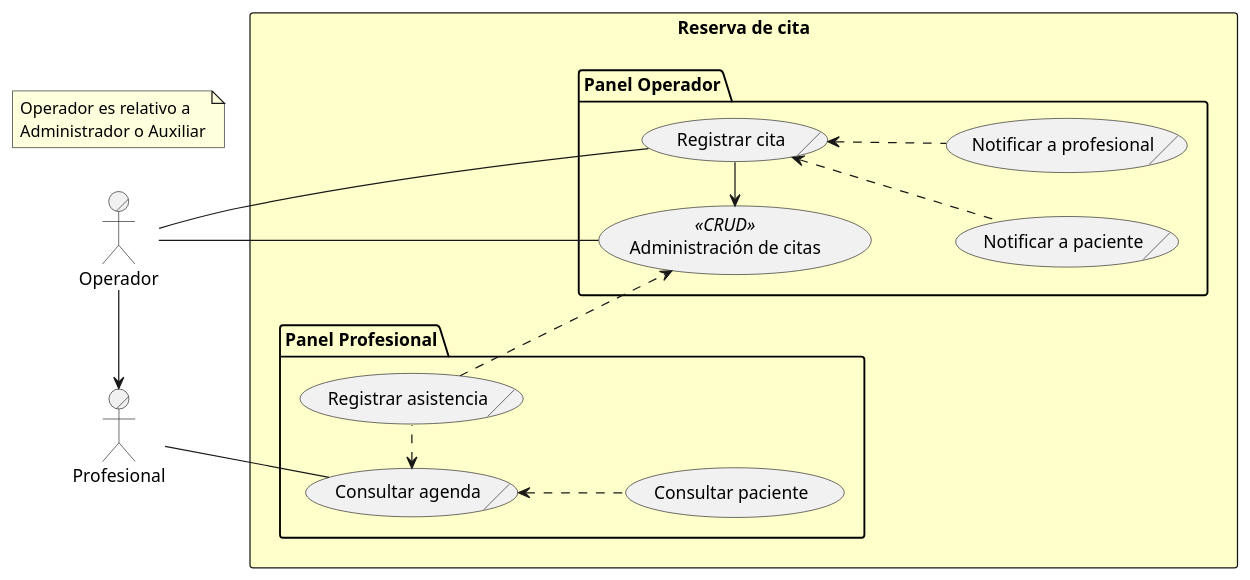
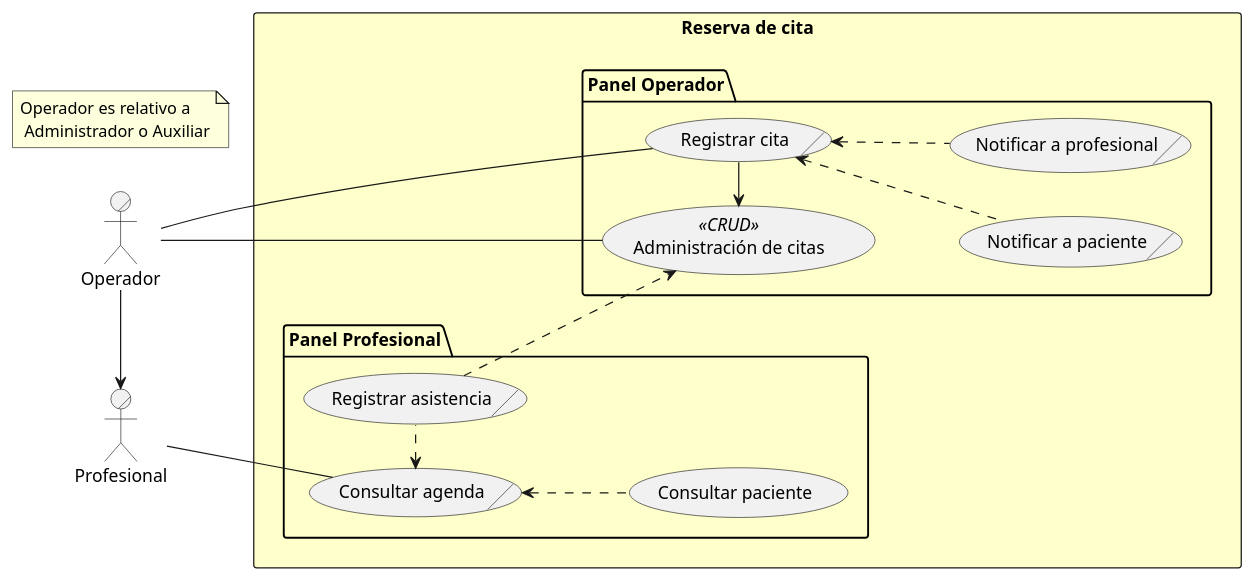
The diagram in ROOT/modules/proyecto/puml/citas-business-usecase.puml (capsi-ucp/capsi-ucp.github.io), drawn with PlantUML before and after one commit.

Commit message:
Caso de uso de lógica de negocio para la reserva de citas

```diff
--- a/ROOT/modules/proyecto/puml/citas-business-usecase.puml
+++ b/ROOT/modules/proyecto/puml/citas-business-usecase.puml
@@ -1,33 +1,30 @@
 @startuml
 left to right direction
 actor/ Operador
 actor/ Profesional
-note as Nota
-  Operador es relativo a
-  Administrador o Auxiliar
-end note
+note "Operador es relativo a\r\n Administrador o Auxiliar" as Nota
 
 rectangle "Reserva de cita" #BUSINESS {
   package "Panel Operador" {
     usecase "Administración de citas" as AdminCitas << CRUD >>
     usecase/ "Registrar cita" as Citar
     usecase/ "Notificar a paciente" as NotificarPaciente
     usecase/ "Notificar a profesional" as NotificarProfesional
   }
   package "Panel Profesional" {
     usecase/ "Consultar agenda" as Agenda
     usecase "Consultar paciente" as ConsultarPaciente
     usecase/ "Registrar asistencia" as Asistencia
   }
 }
 Operador -- AdminCitas
 Operador -- Citar
 Profesional -- Agenda
 Operador -> Profesional
 Citar -> AdminCitas
 Citar <.. NotificarPaciente
 Citar <.. NotificarProfesional
 Agenda <.. ConsultarPaciente
 Agenda <. Asistencia
 Asistencia -.> AdminCitas
 @enduml
```
